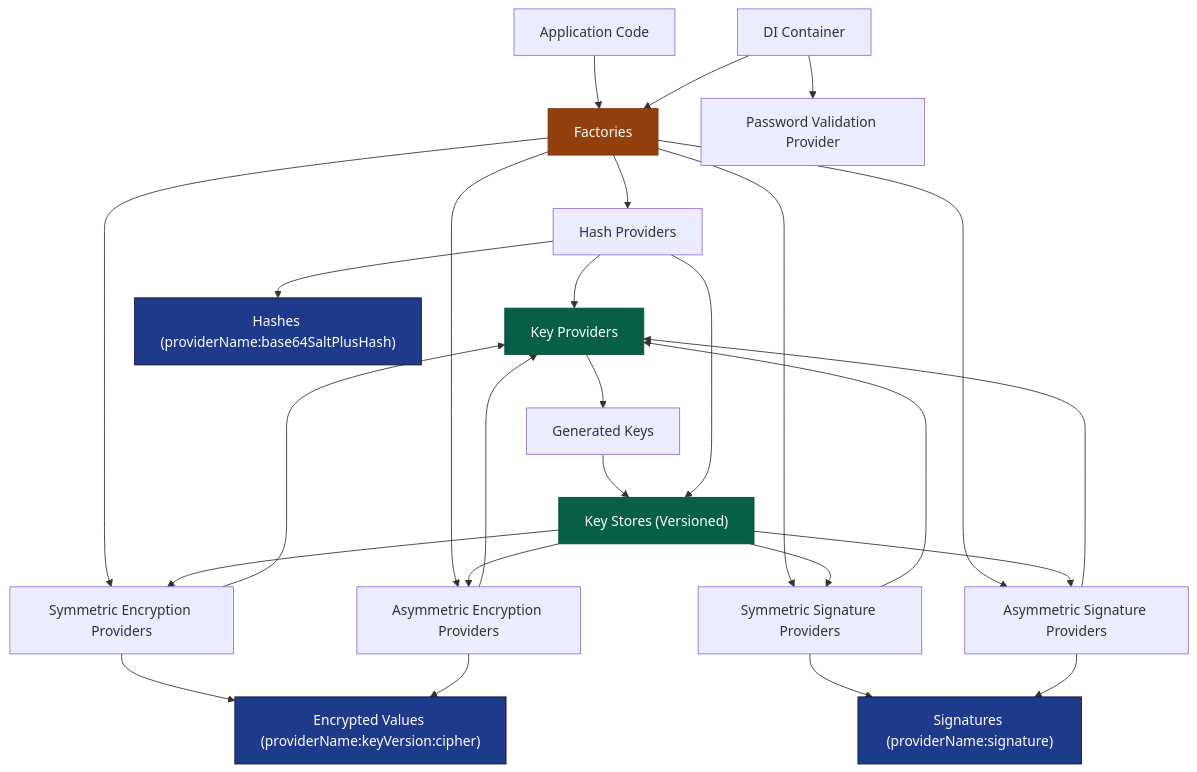
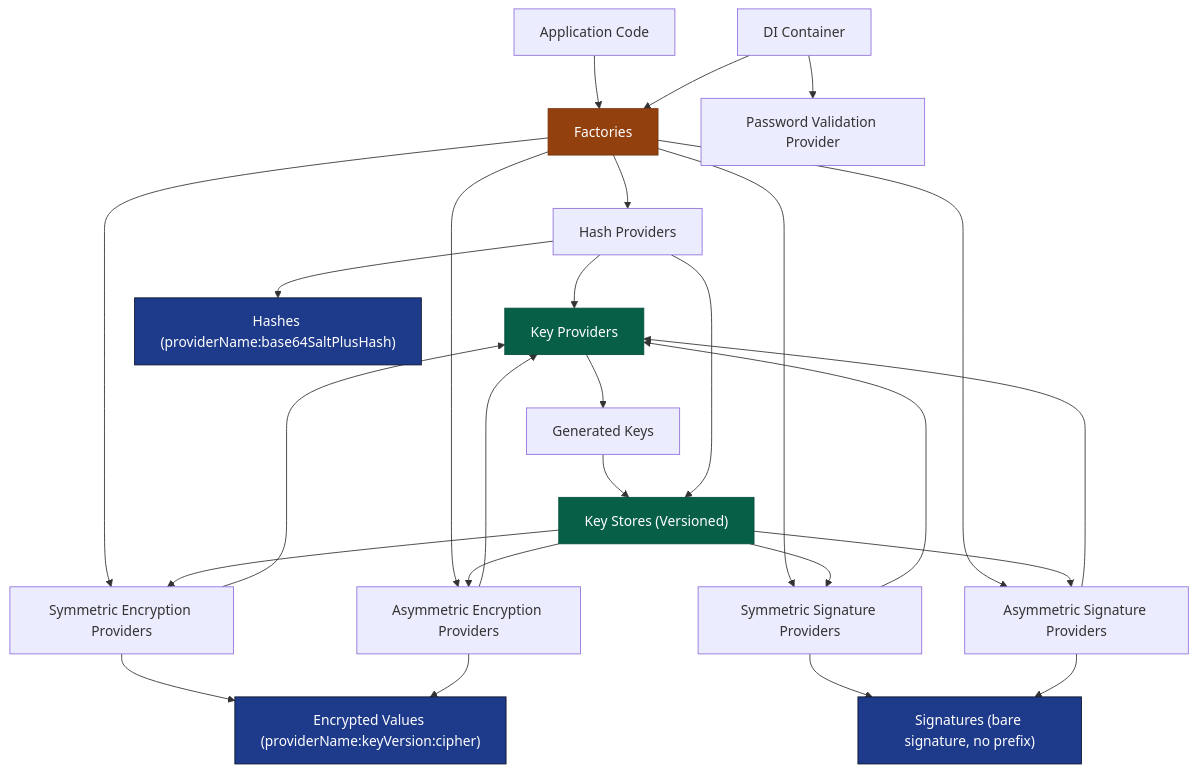
Before and after one commit to ultrabstrong/Corely.Security: the diagram in Docs/index.md, drawn with Mermaid. The commit also changed other lines of this file and 2 other files, not shown here.

First line of the commit message:
Correct signature format in docs

````diff
--- a/Docs/index.md
+++ b/Docs/index.md
@@ -7,39 +7,39 @@
 ```mermaid
 graph TD
     A[Application Code] --> B[Factories]
     B --> C[Hash Providers]
     B --> D[Symmetric Encryption Providers]
     B --> E[Asymmetric Encryption Providers]
     B --> F[Symmetric Signature Providers]
     B --> G[Asymmetric Signature Providers]
 
     C --> H[Key Providers]
     D --> H
     E --> H
     F --> H
     G --> H
 
     H --> I[Generated Keys]
     I --> J["Key Stores (Versioned)"]
     J --> D
     J --> E
     J --> F
     J --> G
     C --> J
 
     D --> K["Encrypted Values (providerName:keyVersion:cipher)"]
     E --> K
-    F --> L["Signatures (providerName:signature)"]
+    F --> L["Signatures (bare signature, no prefix)"]
     G --> L
     C --> M["Hashes (providerName:base64SaltPlusHash)"]
 
     N[DI Container] --> B
     N --> O[Password Validation Provider]
 
     style K fill:#1e3a8a,stroke:#0f172a,color:#ffffff
     style L fill:#1e3a8a,stroke:#0f172a,color:#ffffff
     style M fill:#1e3a8a,stroke:#0f172a,color:#ffffff
     style J fill:#065f46,stroke:#064e3b,color:#ffffff
     style H fill:#065f46,stroke:#064e3b,color:#ffffff
     style B fill:#92400e,stroke:#78350f,color:#ffffff
 ```
````
